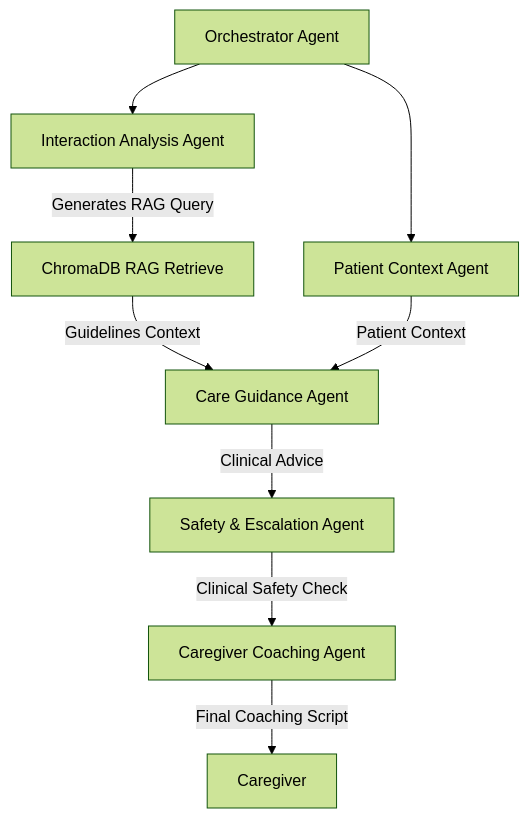
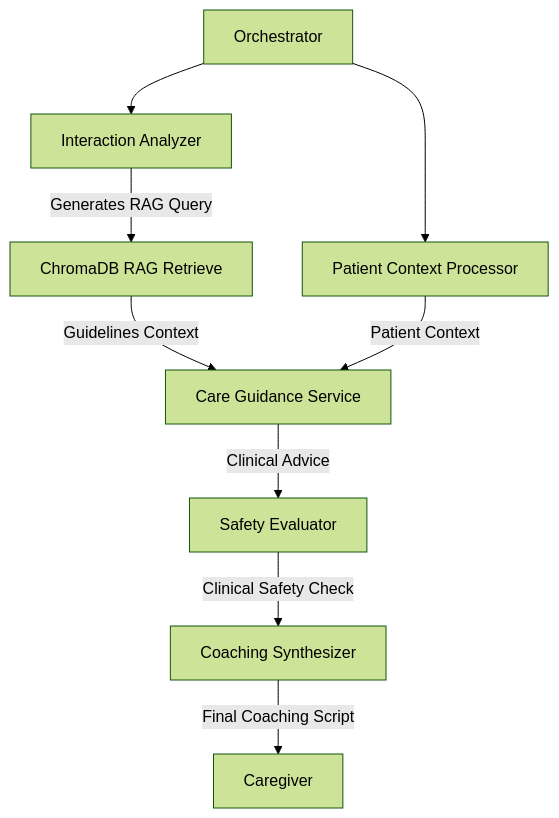
One commit to spidercatte/dementia_care_assist changed the diagram in threat_model.md. Above: the diagram before and after it, drawn with Mermaid (forest theme). The commit also changed other lines of this file and 25 other files, not shown here.

Commit message:
feat(core): add caregiver follow-up chat and intake validation service

````diff
--- a/threat_model.md
+++ b/threat_model.md
@@ -39,11 +39,11 @@
 ```mermaid
 graph TD
-    Orchestrator[Orchestrator Agent] --> Analyzer[Interaction Analysis Agent]
-    Orchestrator --> Context[Patient Context Agent]
+    Orchestrator[Orchestrator] --> Analyzer[Interaction Analyzer]
+    Orchestrator --> Context[Patient Context Processor]
     Analyzer -->|Generates RAG Query| RAG[ChromaDB RAG Retrieve]
-    RAG -->|Guidelines Context| Guidance[Care Guidance Agent]
+    RAG -->|Guidelines Context| Guidance[Care Guidance Service]
     Context -->|Patient Context| Guidance
-    Guidance -->|Clinical Advice| Safety[Safety & Escalation Agent]
-    Safety -->|Clinical Safety Check| Coach[Caregiver Coaching Agent]
+    Guidance -->|Clinical Advice| Safety[Safety Evaluator]
+    Safety -->|Clinical Safety Check| Coach[Coaching Synthesizer]
     Coach -->|Final Coaching Script| User[Caregiver]
 ```
````
